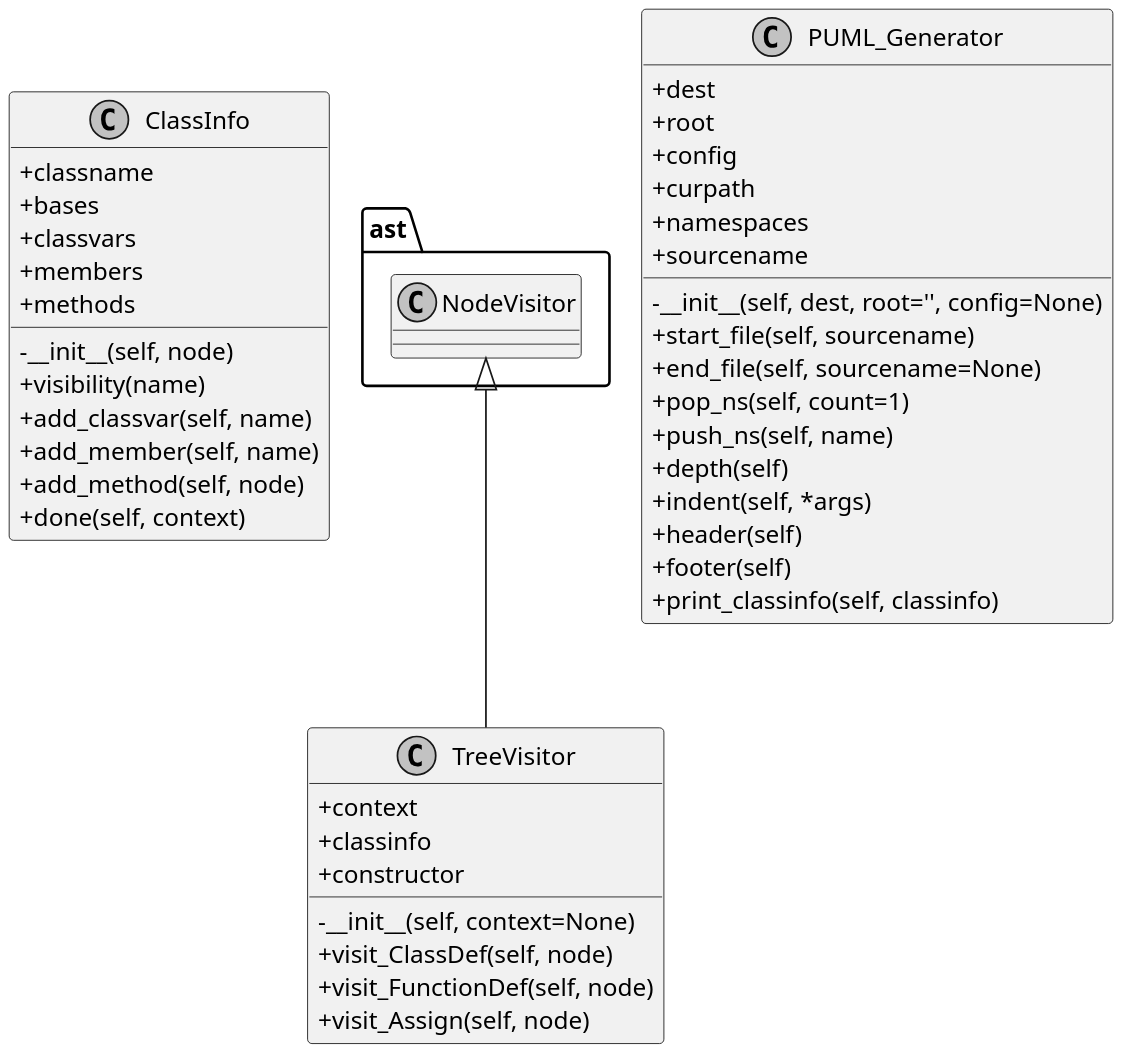
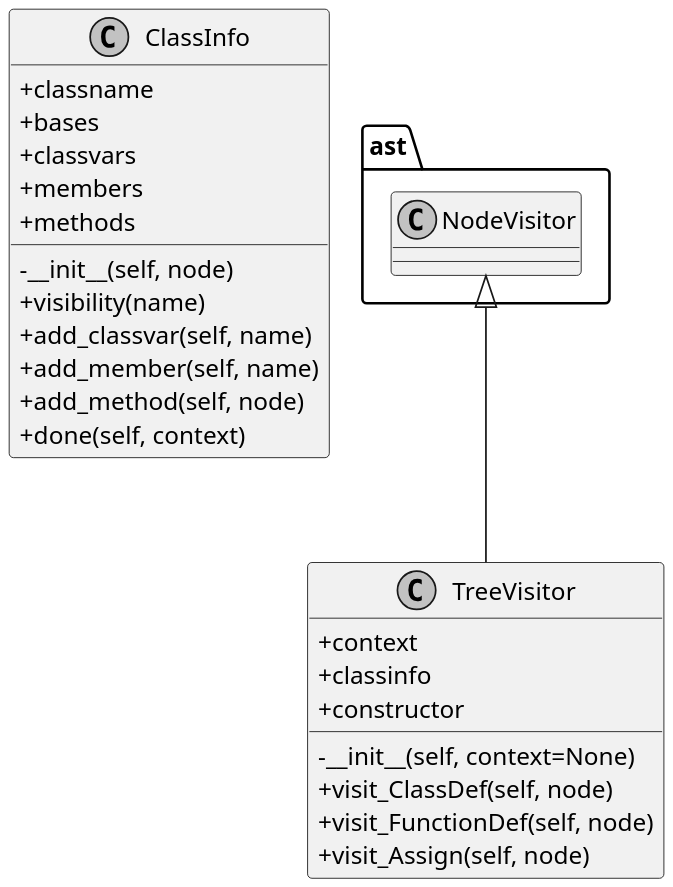
Before and after one commit to deadbok/py-puml-tools: the diagram in py2puml/examples/py2puml.puml, drawn with PlantUML. The commit also changed 15 other files, not shown here.

Commit message:
Refactoring: derived PUML_generator_NS specialized for namespaces (new module). More tests and examples

```diff
--- a/py2puml/examples/py2puml.puml
+++ b/py2puml/examples/py2puml.puml
@@ -1,53 +1,34 @@
 @startuml
 skinparam monochrome true
 skinparam classAttributeIconSize 0
 scale 2
 
 class ClassInfo {
   +classname
   +bases
   +classvars
   +members
   +methods
   -__init__(self, node)
   +visibility(name)
   +add_classvar(self, name)
   +add_member(self, name)
   +add_method(self, node)
   +done(self, context)
 }
 
 ast.NodeVisitor <|-- TreeVisitor
 class TreeVisitor {
   +context
   +classinfo
   +constructor
   -__init__(self, context=None)
   +visit_ClassDef(self, node)
   +visit_FunctionDef(self, node)
   +visit_Assign(self, node)
 }
 
-class PUML_Generator {
-  +dest
-  +root
-  +config
-  +curpath
-  +namespaces
-  +sourcename
-  -__init__(self, dest, root='', config=None)
-  +start_file(self, sourcename)
-  +end_file(self, sourcename=None)
-  +pop_ns(self, count=1)
-  +push_ns(self, name)
-  +depth(self)
-  +indent(self, *args)
-  +header(self)
-  +footer(self)
-  +print_classinfo(self, classinfo)
-}
-
 ' customizable epilog
 ' here you may add notes and associations
 
 @enduml
```
